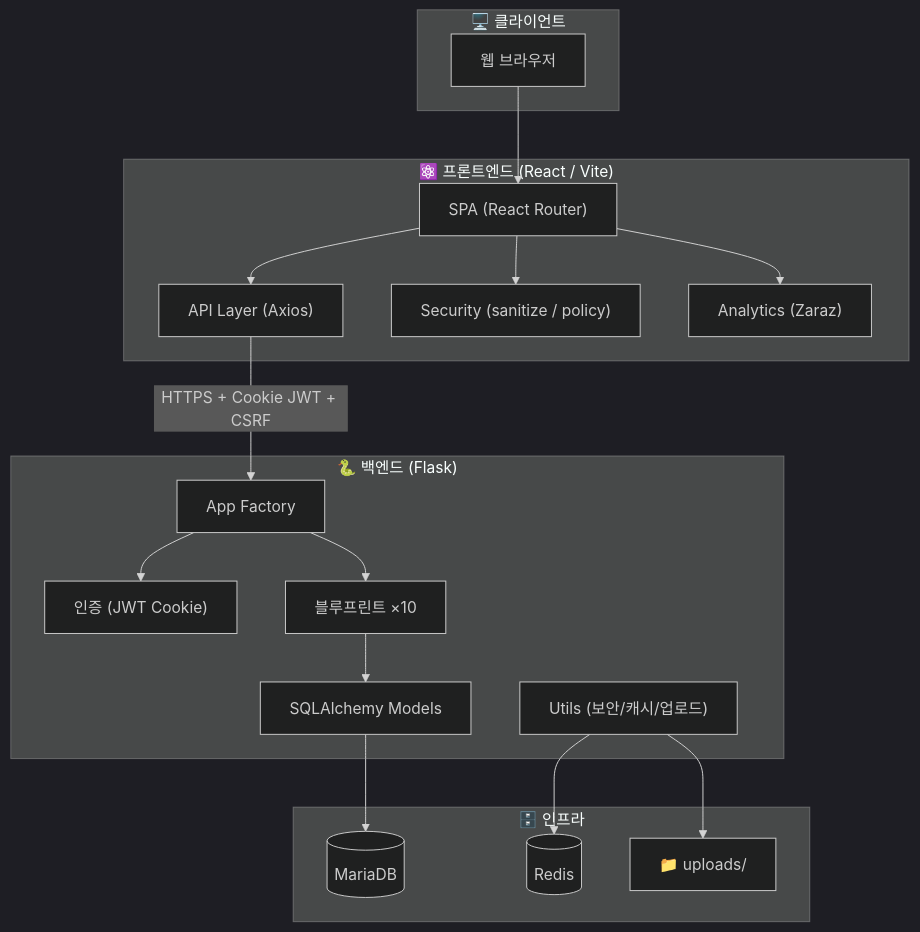
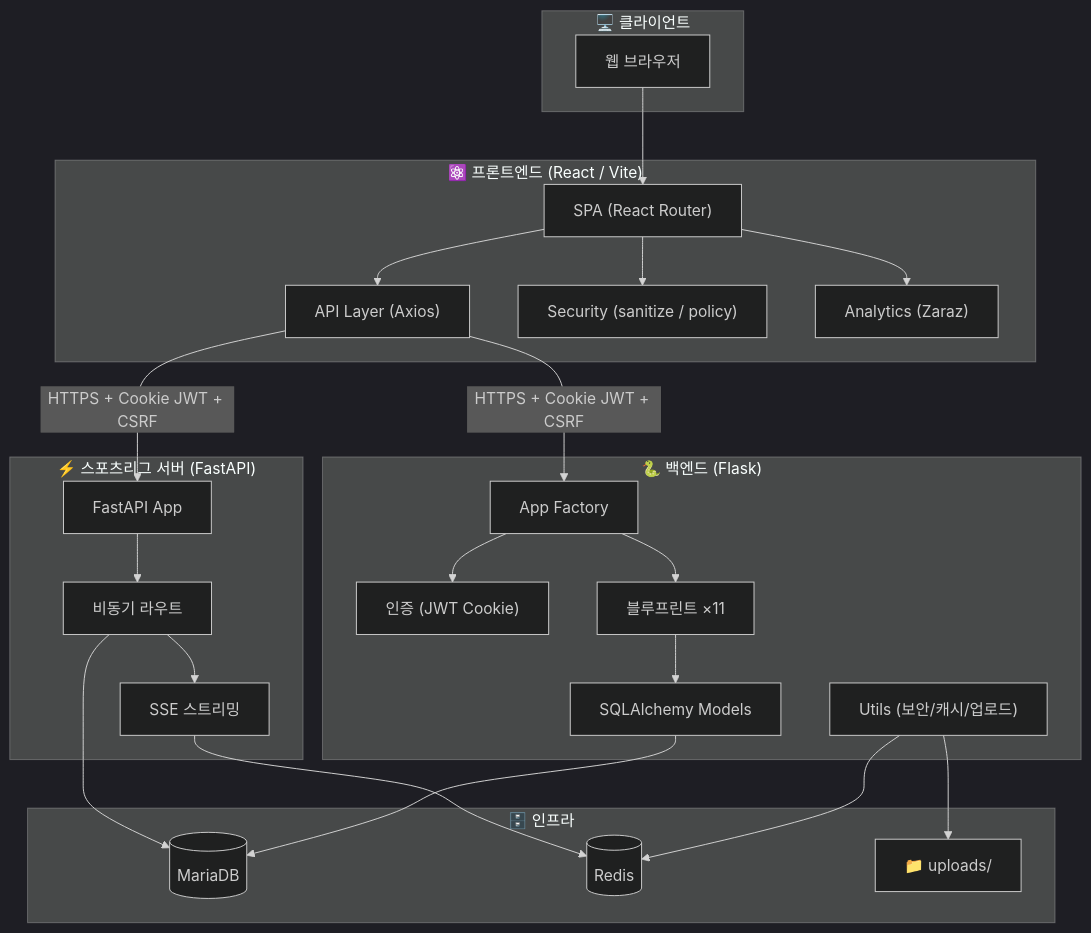
One commit to hanjm-github/beomseo.in changed the diagram in README.md. Above: the diagram before and after it, drawn with Mermaid (dark theme). The commit also changed other lines of this file and 44 other files, not shown here.

````diff
--- a/README.md
+++ b/README.md
@@ -154,39 +160,50 @@
 ```mermaid
 flowchart TB
     subgraph Client["🖥️ 클라이언트"]
         Browser["웹 브라우저"]
     end
 
     subgraph Frontend["⚛️ 프론트엔드 (React / Vite)"]
         SPA["SPA (React Router)"]
         API_Layer["API Layer (Axios)"]
         Security["Security (sanitize / policy)"]
         Analytics["Analytics (Zaraz)"]
     end
 
     subgraph Backend["🐍 백엔드 (Flask)"]
         App["App Factory"]
         Auth["인증 (JWT Cookie)"]
-        Routes["블루프린트 ×10"]
+        Routes["블루프린트 ×11"]
         Models["SQLAlchemy Models"]
         Utils["Utils (보안/캐시/업로드)"]
+    end
+
+    subgraph FastAPIServer["⚡ 스포츠리그 서버 (FastAPI)"]
+        FastApp["FastAPI App"]
+        AsyncRoutes["비동기 라우트"]
+        SSE["SSE 스트리밍"]
     end
 
     subgraph Infra["🗄️ 인프라"]
         MariaDB[("MariaDB")]
         Redis[("Redis")]
         Uploads["📁 uploads/"]
     end
 
     Browser --> SPA
     SPA --> API_Layer
     API_Layer -->|"HTTPS + Cookie JWT + CSRF"| App
+    API_Layer -->|"HTTPS + Cookie JWT + CSRF"| FastApp
     App --> Auth
     App --> Routes
     Routes --> Models
+    FastApp --> AsyncRoutes
+    AsyncRoutes --> SSE
     Models --> MariaDB
+    AsyncRoutes --> MariaDB
     Utils --> Redis
     Utils --> Uploads
+    SSE --> Redis
     SPA --> Security
     SPA --> Analytics
 ```
````
